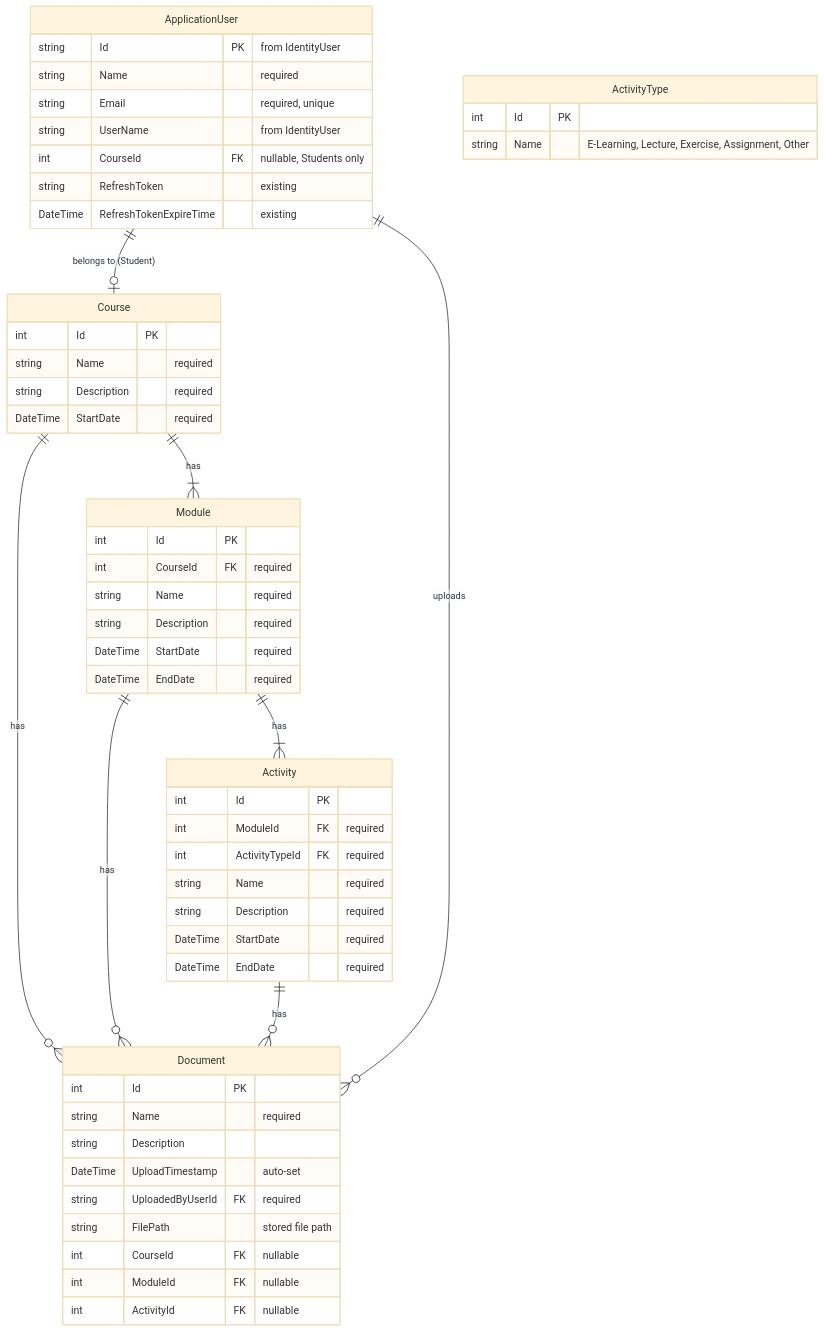
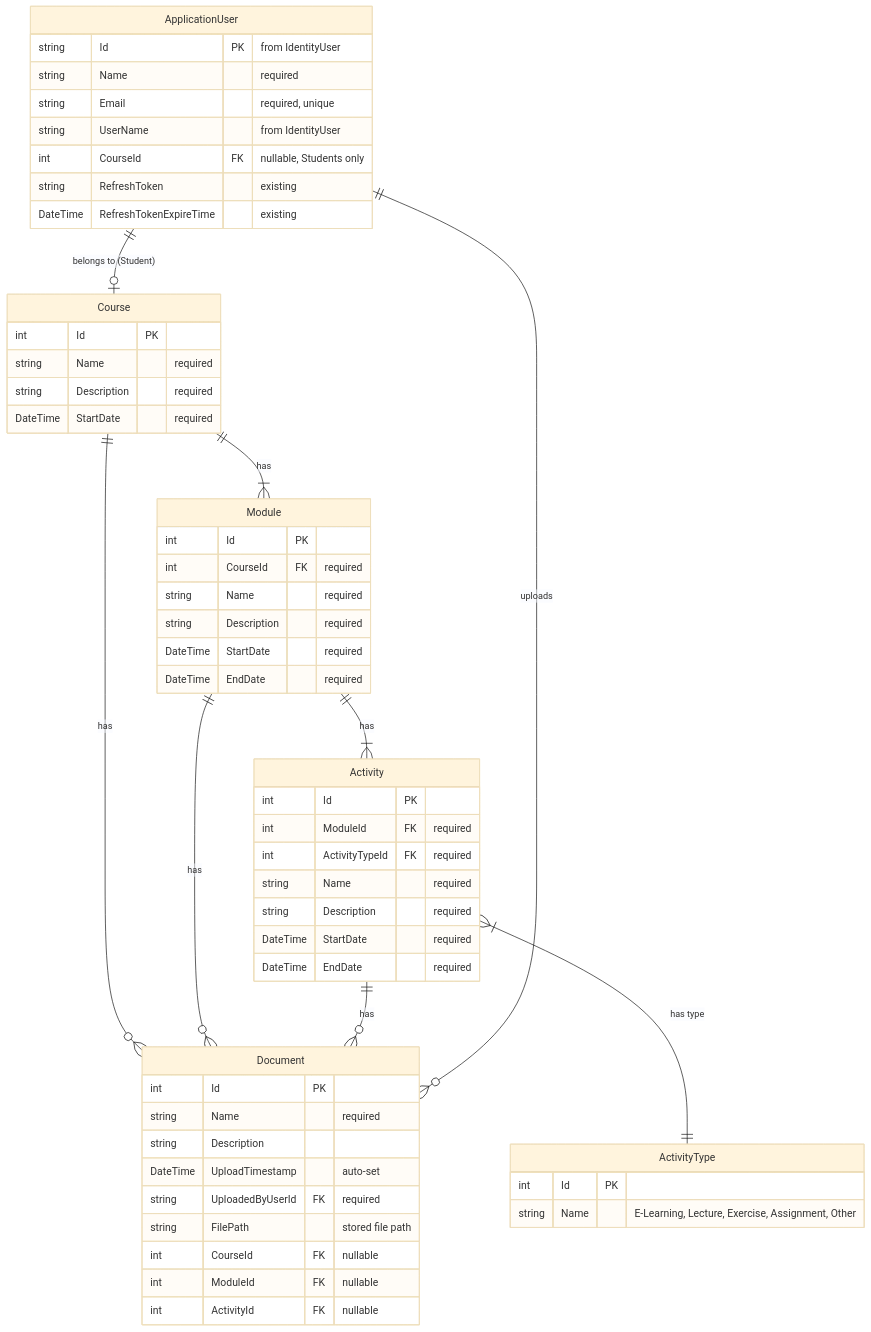
One commit to Lexicon-LMS-Gr1/LMS-Gr1 changed the diagram in lms_project_plan.md. Above: the diagram before and after it, drawn with Mermaid (base theme).

Commit message:
Add relationship between Activity and ActivityType
Create connection between the avtivity and activity type table

````diff
--- a/lms_project_plan.md
+++ b/lms_project_plan.md
@@ -30,63 +30,64 @@
 ```mermaid
 erDiagram
     ApplicationUser ||--o| Course : "belongs to (Student)"
     Course ||--|{ Module : "has"
     Module ||--|{ Activity : "has"
     Course ||--o{ Document : "has"
     Module ||--o{ Document : "has"
     Activity ||--o{ Document : "has"
+    Activity }|--|| ActivityType : "has type"
     ApplicationUser ||--o{ Document : "uploads"
 
     ApplicationUser {
         string Id PK "from IdentityUser"
         string Name "required"
         string Email "required, unique"
         string UserName "from IdentityUser"
         int CourseId FK "nullable, Students only"
         string RefreshToken "existing"
         DateTime RefreshTokenExpireTime "existing"
     }
 
     Course {
         int Id PK
         string Name "required"
         string Description "required"
         DateTime StartDate "required"
     }
 
     Module {
         int Id PK
         int CourseId FK "required"
         string Name "required"
         string Description "required"
         DateTime StartDate "required"
         DateTime EndDate "required"
     }
 
     Activity {
         int Id PK
         int ModuleId FK "required"
         int ActivityTypeId FK "required"
         string Name "required"
         string Description "required"
         DateTime StartDate "required"
         DateTime EndDate "required"
     }
 
     ActivityType {
         int Id PK
         string Name "E-Learning, Lecture, Exercise, Assignment, Other"
     }
 
     Document {
         int Id PK
         string Name "required"
         string Description
         DateTime UploadTimestamp "auto-set"
         string UploadedByUserId FK "required"
         string FilePath "stored file path"
         int CourseId FK "nullable"
         int ModuleId FK "nullable"
         int ActivityId FK "nullable"
     }
 ```
````
